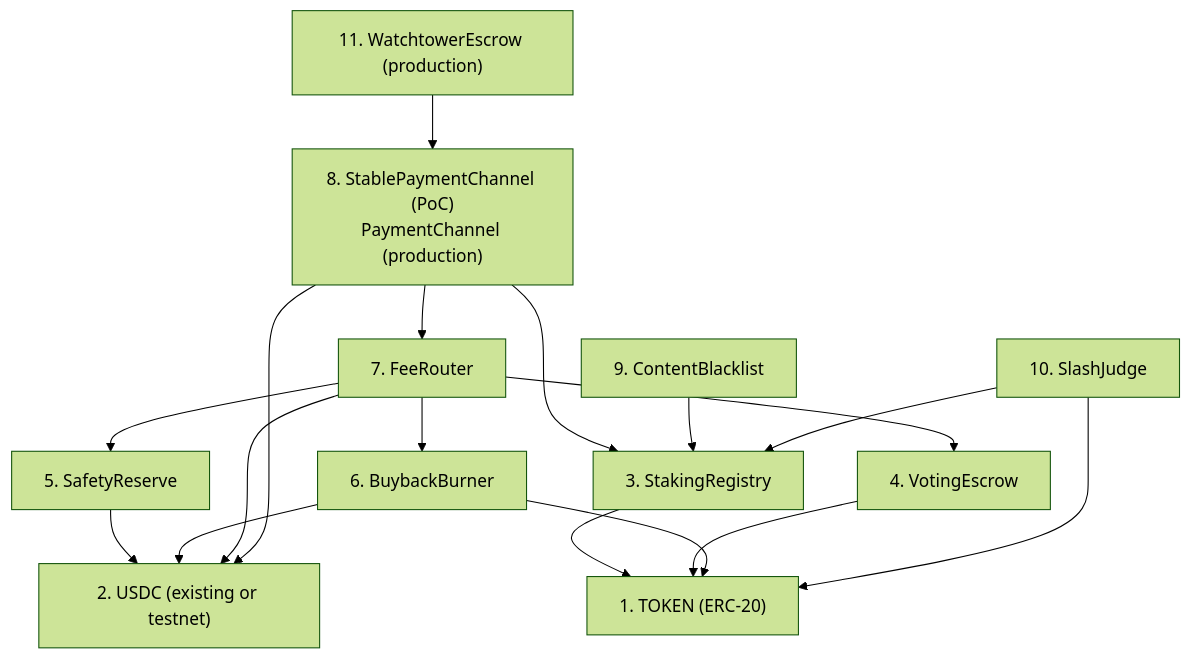
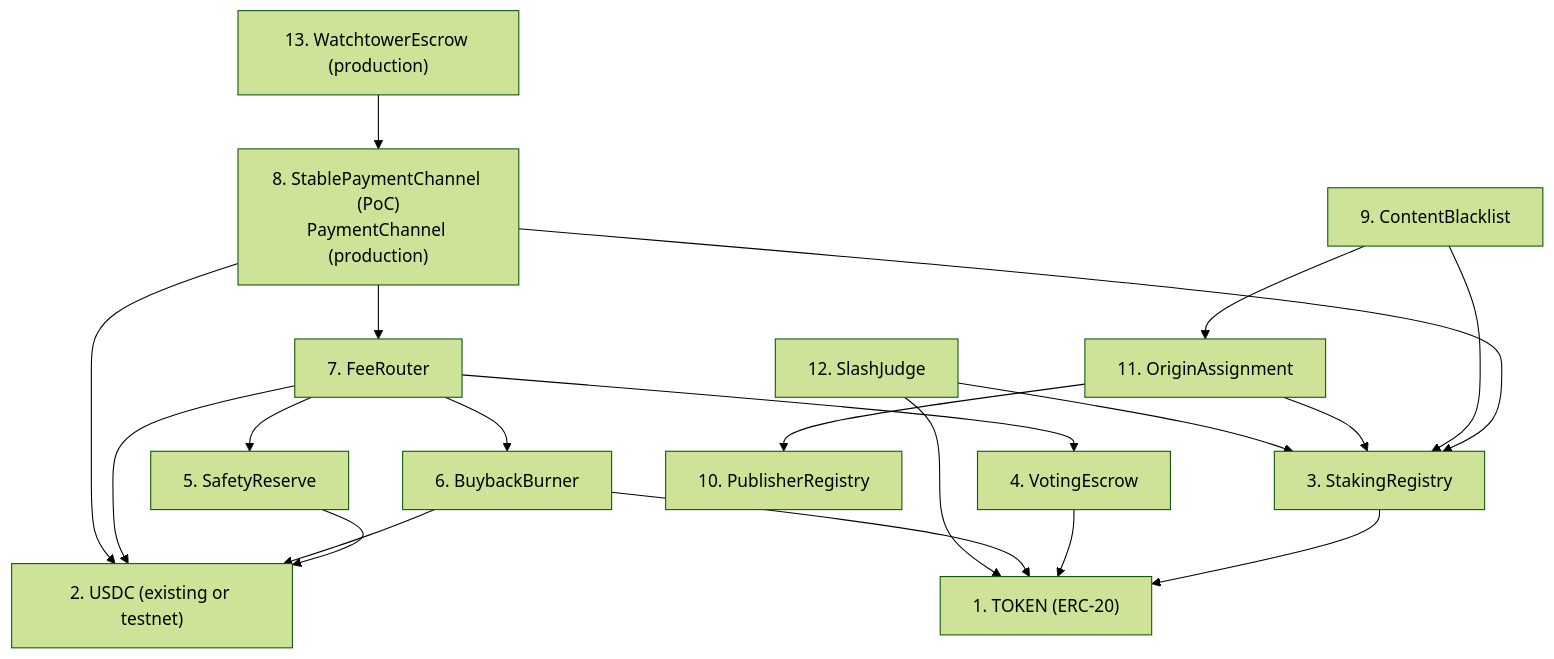
One commit to decdn/decdn changed the second of 5 diagrams in adr/016-contract-interactions.md. Above: the diagram before and after it, drawn with Mermaid (forest theme). The commit also changed other lines of this file and 8 other files, not shown here.

First line of the commit message:
docs(adr): add DAO-governed origin assignment authority

````diff
--- a/adr/016-contract-interactions.md
+++ b/adr/016-contract-interactions.md
@@ -106,31 +108,36 @@
 ```mermaid
 graph TD
     TOKEN["1. TOKEN (ERC-20)"]
     USDC["2. USDC (existing or testnet)"]
     SR["3. StakingRegistry"]
     VE["4. VotingEscrow"]
     SAFE["5. SafetyReserve"]
     BB["6. BuybackBurner"]
     FR["7. FeeRouter"]
     SPC["8. StablePaymentChannel (PoC)<br/>PaymentChannel (production)"]
     CB["9. ContentBlacklist"]
-    SJ["10. SlashJudge"]
-    WE["11. WatchtowerEscrow (production)"]
+    PR["10. PublisherRegistry"]
+    OA["11. OriginAssignment"]
+    SJ["12. SlashJudge"]
+    WE["13. WatchtowerEscrow (production)"]
 
     SR --> TOKEN
     VE --> TOKEN
     SAFE --> USDC
     BB --> TOKEN
     BB --> USDC
     FR --> USDC
     FR --> BB
     FR --> SAFE
     FR --> VE
     SPC --> USDC
     SPC --> SR
     SPC --> FR
     CB --> SR
+    CB --> OA
+    OA --> SR
+    OA --> PR
     SJ --> SR
     SJ --> TOKEN
     WE --> SPC
 ```
````
